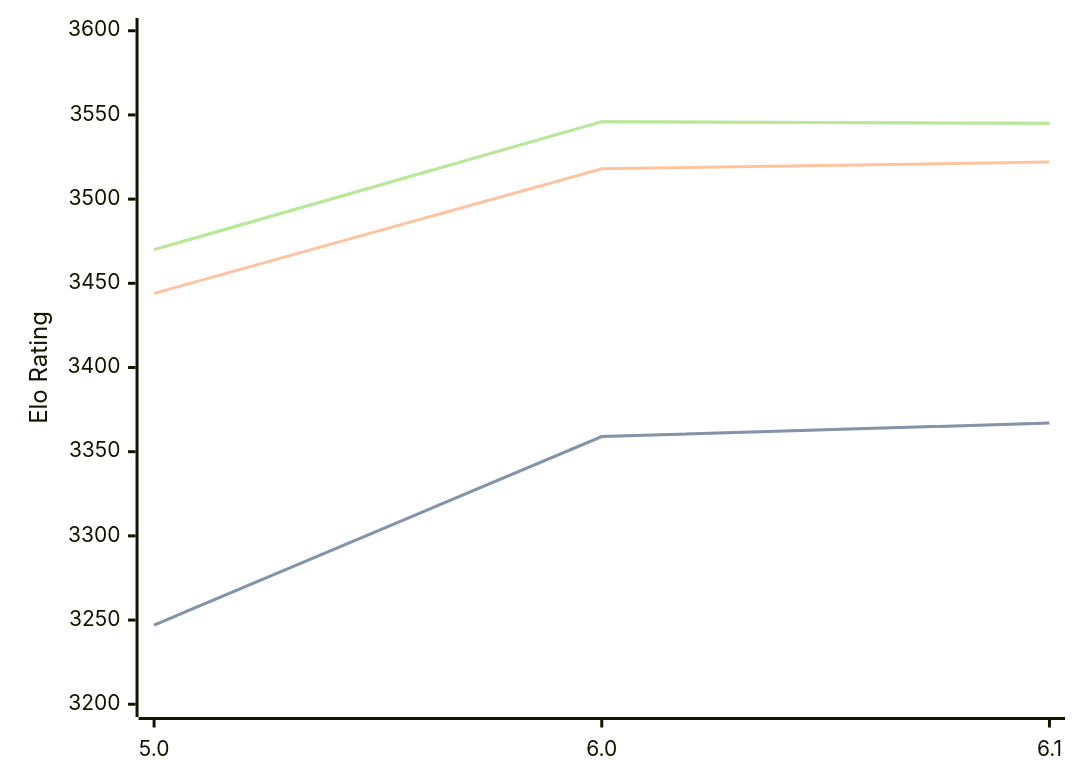
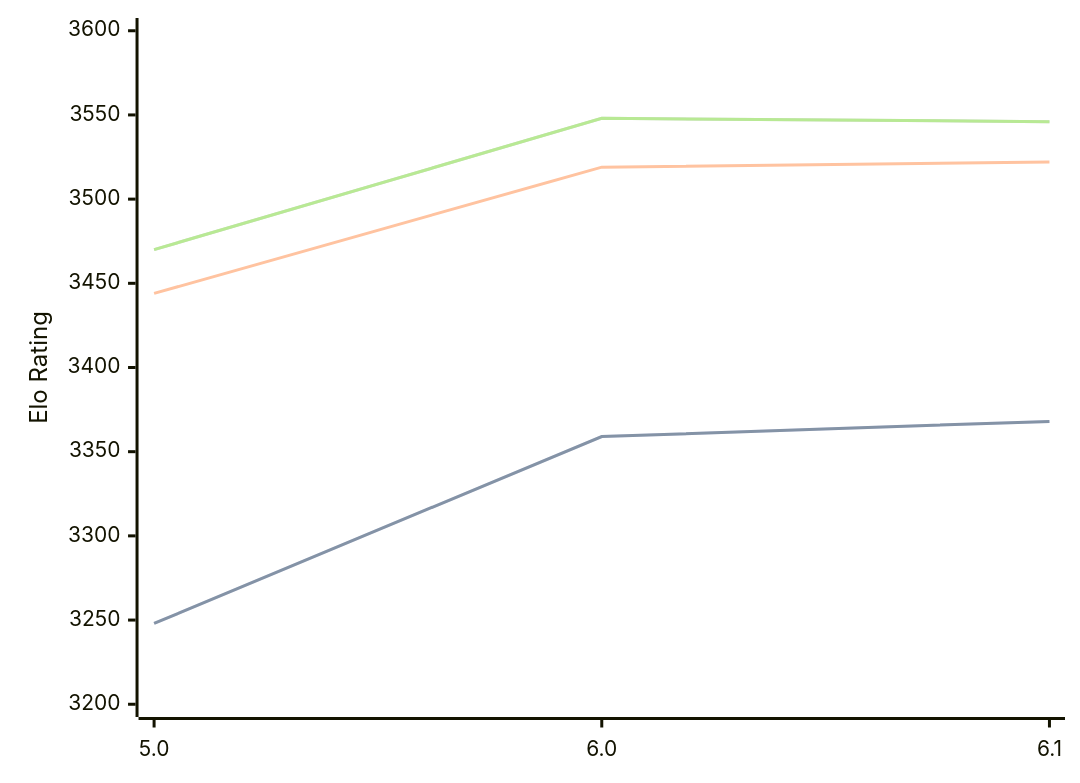
Before and after one commit to computer-chess-index/cci: the diagram in engines/Starzix.md, drawn with Mermaid. The commit also changed other lines of this file, not shown here.

Commit message:
Update CCI Ratings (ELO VLTC) - 2026-04-24

````diff
--- a/engines/Starzix.md
+++ b/engines/Starzix.md
@@ -37,11 +37,11 @@
 ```mermaid
 %%{init: {"theme":"base","themeVariables":{"seriesColors:['#a3a3a3','#222221','#faa371']}}}%%
 xychart-beta
   x-axis ["5.0", "6.0", "6.1"]
   y-axis "Elo Rating" 3200 --> 3600
-  line "STC (8.0+0.08s)" [3247, 3359, 3367]
-  line "STC (8.0+0.08s)" [3247, 3359, 3367]
-  line "LTC (60.0+0.60s)" [3444, 3518, 3522]
-  line "VLTC (2m24s+1.12s)" [3470, 3546, 3545]
-  line "VLTC (2m24s+1.12s)" [3470, 3546, 3545]
+  line "STC (8.0+0.08s)" [3248, 3359, 3368]
+  line "STC (8.0+0.08s)" [3248, 3359, 3368]
+  line "LTC (60.0+0.60s)" [3444, 3519, 3522]
+  line "VLTC (2m24s+1.12s)" [3470, 3548, 3546]
+  line "VLTC (2m24s+1.12s)" [3470, 3548, 3546]
 ```
````
